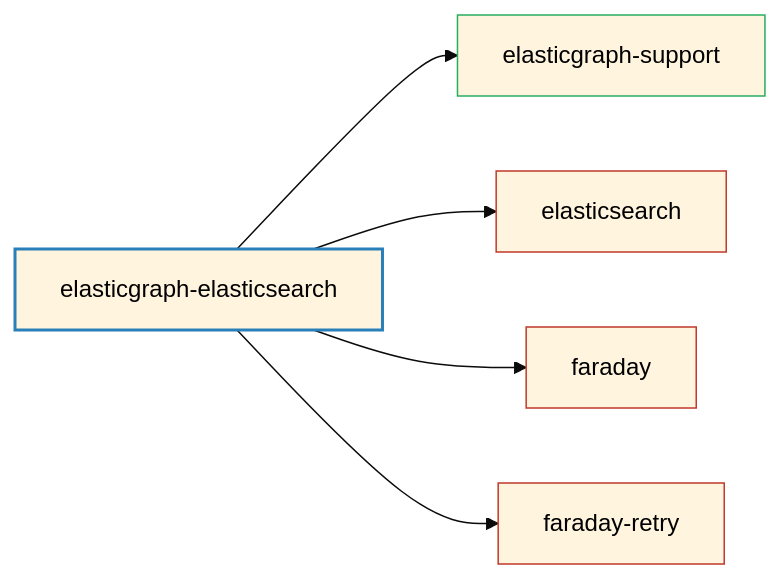
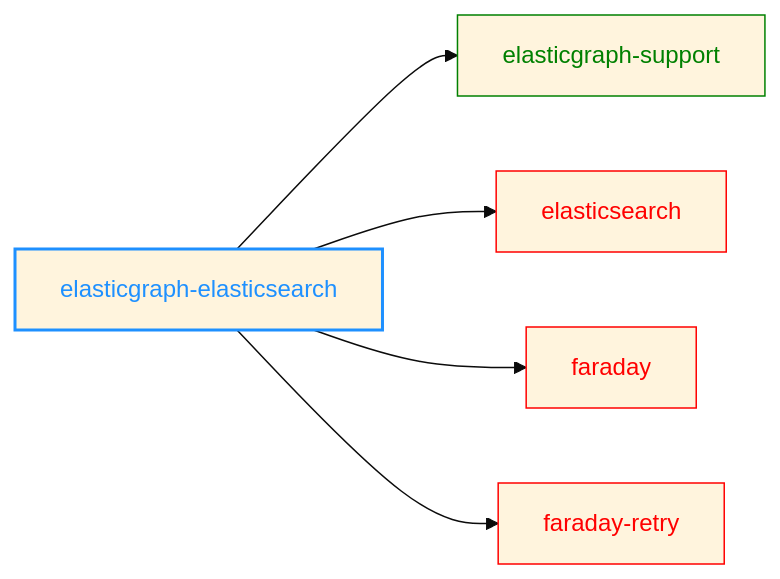
The diagram in elasticgraph-elasticsearch/README.md (block/elasticgraph), drawn with Mermaid (base theme) before and after one commit. The commit also changed 23 other files, not shown here.

````diff
--- a/elasticgraph-elasticsearch/README.md
+++ b/elasticgraph-elasticsearch/README.md
@@ -7,17 +7,20 @@
 ```mermaid
 graph LR;
     elasticgraph-elasticsearch["elasticgraph-elasticsearch"];
     elasticgraph-support["elasticgraph-support"];
     elasticgraph-elasticsearch --> elasticgraph-support;
     elasticsearch["elasticsearch"];
     elasticgraph-elasticsearch --> elasticsearch;
     faraday["faraday"];
     elasticgraph-elasticsearch --> faraday;
     faraday-retry["faraday-retry"];
     elasticgraph-elasticsearch --> faraday-retry;
-    style elasticgraph-elasticsearch fill:#lightblue,stroke:#2980b9,stroke-width:2px,color:#000;
-    style elasticgraph-support fill:#lightgreen,stroke:#27ae60,stroke-width:1px,color:#000;
-    style elasticsearch fill:#lightcoral,stroke:#c0392b,stroke-width:1px,color:#000;
-    style faraday fill:#lightcoral,stroke:#c0392b,stroke-width:1px,color:#000;
-    style faraday-retry fill:#lightcoral,stroke:#c0392b,stroke-width:1px,color:#000;
+    style elasticgraph-elasticsearch color:DodgerBlue,stroke-width:2px,stroke:DodgerBlue;
+    style elasticgraph-support color:Green,stroke:Green;
+    style elasticsearch color:Red,stroke:Red;
+    style faraday color:Red,stroke:Red;
+    style faraday-retry color:Red,stroke:Red;
+    click elasticsearch href "https://rubygems.org/gems/elasticsearch" "Open on RubyGems.org" _blank;
+    click faraday href "https://rubygems.org/gems/faraday" "Open on RubyGems.org" _blank;
+    click faraday-retry href "https://rubygems.org/gems/faraday-retry" "Open on RubyGems.org" _blank;
 ```
````
